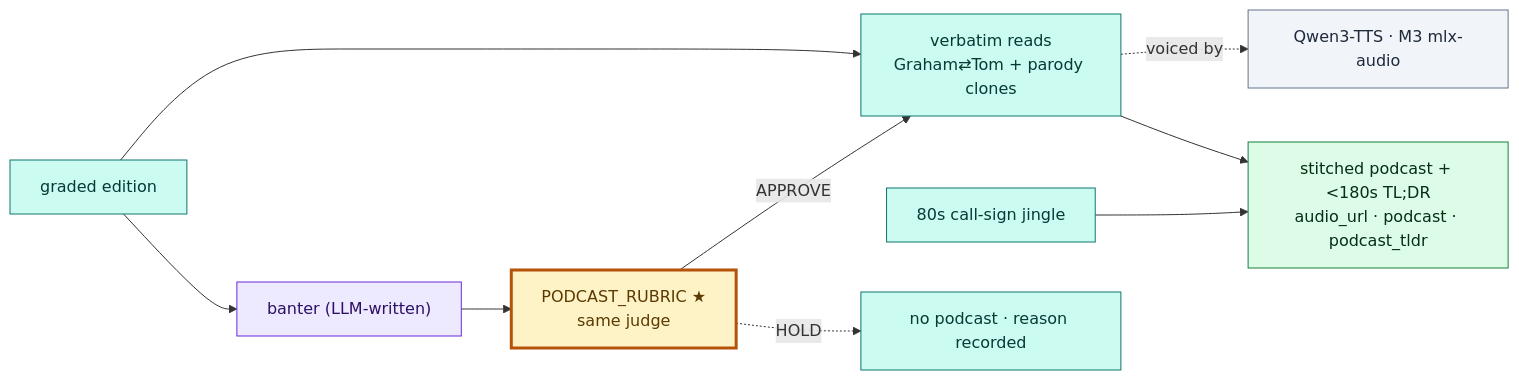
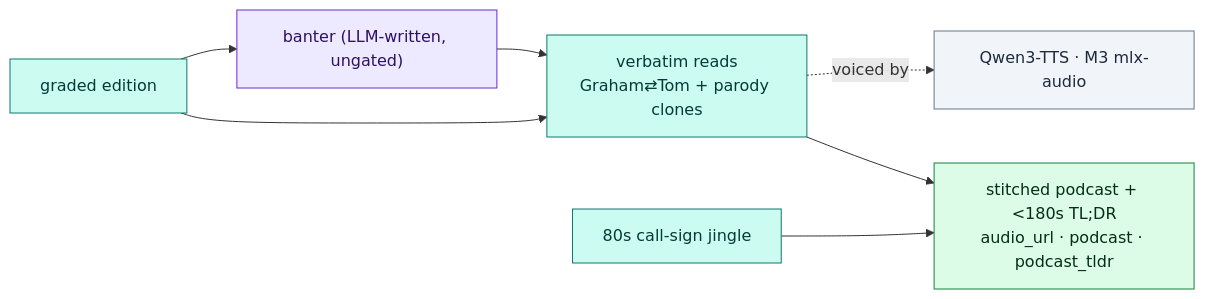
Before and after one commit to allthingsclowd/craicgpt.ie: the second of 4 diagrams in README.md, drawn with Mermaid. The commit also changed other lines of this file and 8 other files, not shown here.

First line of the commit message:
feat(narrate): remove the podcast banter gate — banter ships as written

````diff
--- a/README.md
+++ b/README.md
@@ -201,23 +201,19 @@
 ```mermaid
 flowchart LR
     classDef code fill:#ccfbf1,stroke:#0f766e,color:#053b37;
     classDef agent fill:#ede9fe,stroke:#6d28d9,color:#2e1065;
     classDef judge fill:#fef3c7,stroke:#b45309,color:#5b3a02,stroke-width:3px;
     classDef model fill:#f1f5f9,stroke:#64748b,color:#1e293b;
     EDI["graded edition"]:::code
-    BAN["banter (LLM-written)"]:::agent
-    GATE["PODCAST_RUBRIC ★<br/>same judge"]:::judge
+    BAN["banter (LLM-written, ungated)"]:::agent
     READ["verbatim reads<br/>Graham⇄Tom + parody clones"]:::code
     JING["80s call-sign jingle"]:::code
     TTS["Qwen3-TTS · M3 mlx-audio"]:::model
     MIX["stitched podcast + &lt;180s TL;DR<br/>audio_url · podcast · podcast_tldr"]:::live
-    HOLD["no podcast · reason recorded"]:::code
-    EDI --> BAN --> GATE
-    GATE -->|APPROVE| READ
-    GATE -.->|HOLD| HOLD
+    EDI --> BAN --> READ
     EDI --> READ
     JING --> MIX
     READ -. voiced by .-> TTS
     READ --> MIX
     classDef live fill:#dcfce7,stroke:#15803d,color:#052e16;
 ```
````
